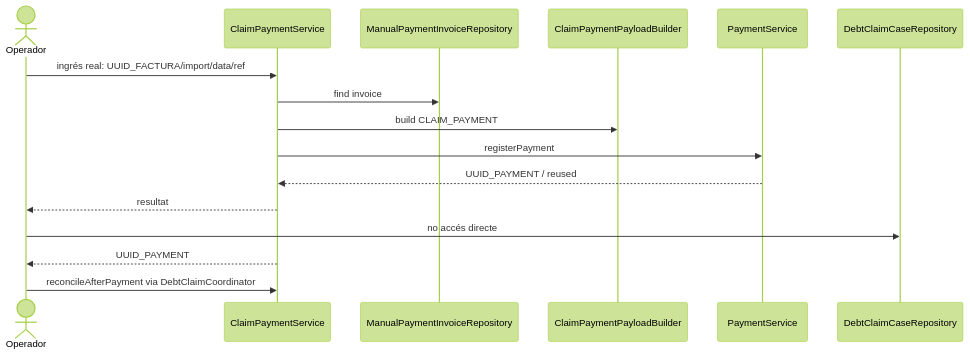
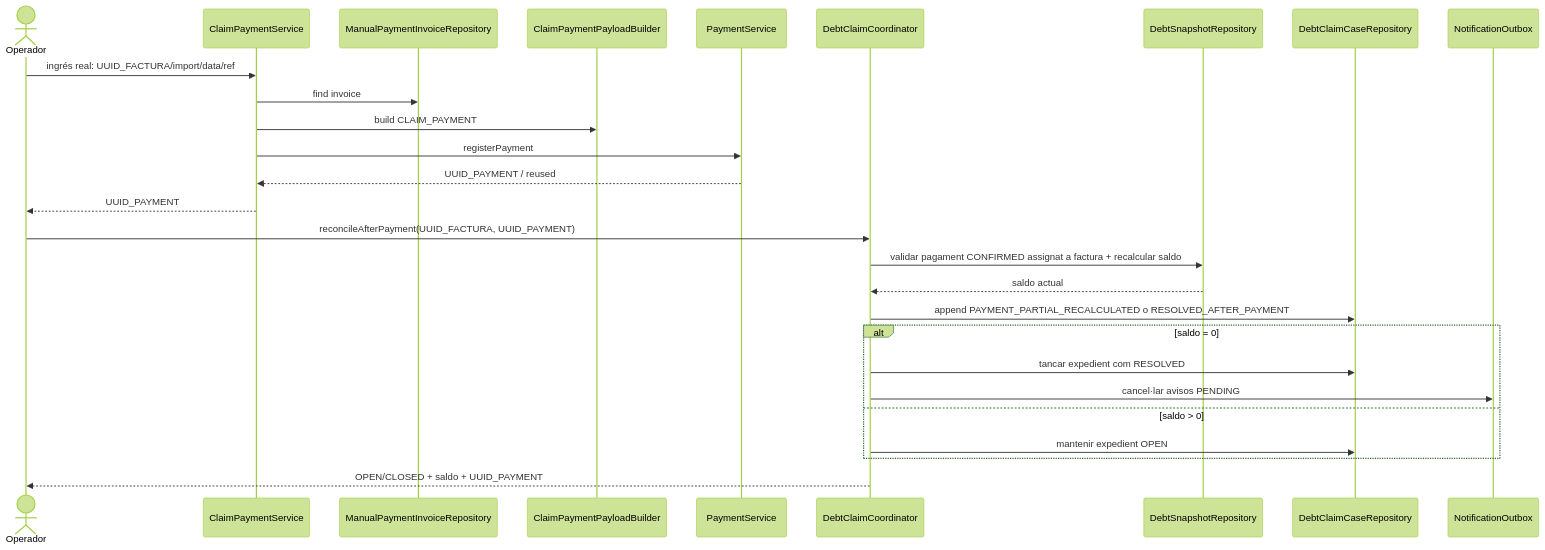
The seventh of 7 diagrams in documentacio/07-uml-integrat/uc-012-sequencies-activitats-actual-final.md (orgmeriemprismacat-del/verifactu), drawn with Mermaid (forest theme) before and after one commit.

Commit message:
docs(UC-012): corregeix seqüència P-MOR-05 i correlació de pagament

````diff
--- a/documentacio/07-uml-integrat/uc-012-sequencies-activitats-actual-final.md
+++ b/documentacio/07-uml-integrat/uc-012-sequencies-activitats-actual-final.md
@@ -114,18 +114,29 @@
 ```mermaid
 sequenceDiagram
 actor O as Operador
-participant C as ClaimPaymentService
+participant CP as ClaimPaymentService
 participant R as ManualPaymentInvoiceRepository
 participant B as ClaimPaymentPayloadBuilder
 participant P as PaymentService
+participant DC as DebtClaimCoordinator
+participant S as DebtSnapshotRepository
 participant CR as DebtClaimCaseRepository
-O->>C: ingrés real: UUID_FACTURA/import/data/ref
-C->>R: find invoice
-C->>B: build CLAIM_PAYMENT
-C->>P: registerPayment
-P-->>C: UUID_PAYMENT / reused
-C-->>O: resultat
-O->>CR: no accés directe
-C-->>O: UUID_PAYMENT
-O->>C: reconcileAfterPayment via DebtClaimCoordinator
+participant OX as NotificationOutbox
+O->>CP: ingrés real: UUID_FACTURA/import/data/ref
+CP->>R: find invoice
+CP->>B: build CLAIM_PAYMENT
+CP->>P: registerPayment
+P-->>CP: UUID_PAYMENT / reused
+CP-->>O: UUID_PAYMENT
+O->>DC: reconcileAfterPayment(UUID_FACTURA, UUID_PAYMENT)
+DC->>S: validar pagament CONFIRMED assignat a factura + recalcular saldo
+S-->>DC: saldo actual
+DC->>CR: append PAYMENT_PARTIAL_RECALCULATED o RESOLVED_AFTER_PAYMENT
+alt saldo = 0
+ DC->>CR: tancar expedient com RESOLVED
+ DC->>OX: cancel·lar avisos PENDING
+else saldo > 0
+ DC->>CR: mantenir expedient OPEN
+end
+DC-->>O: OPEN/CLOSED + saldo + UUID_PAYMENT
 ```
````
